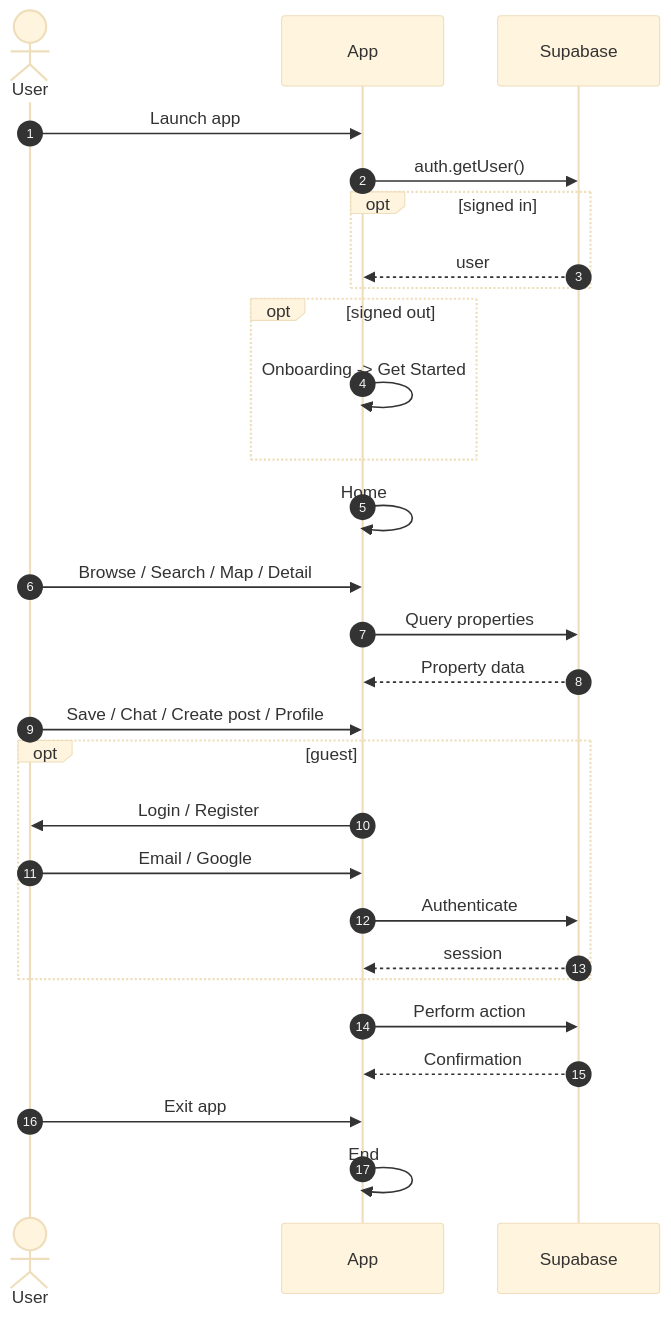
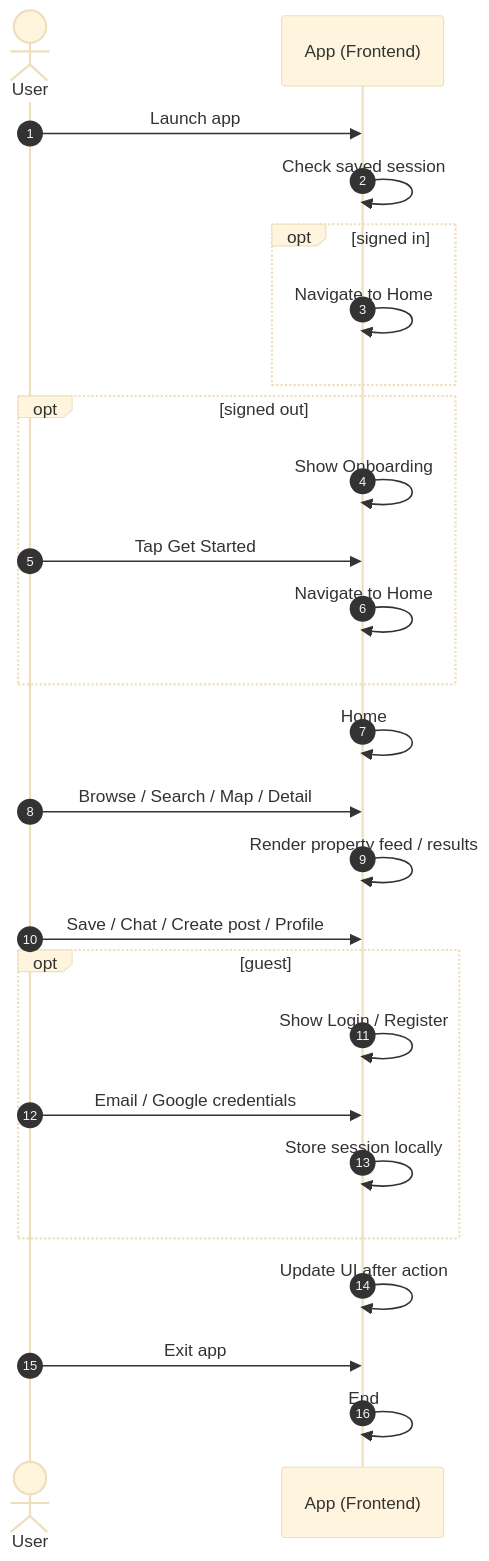
One commit to thetnaung-dev/Internship changed the second of 6 diagrams in docs/diagrams/README.md. Above: the diagram before and after it, drawn with Mermaid (base theme). The commit also changed other lines of this file and 1 other file, not shown here.

Commit message:
docs: make app-flow sequence diagram frontend-only

````diff
--- a/docs/diagrams/README.md
+++ b/docs/diagrams/README.md
@@ -46,38 +46,36 @@
 ```mermaid
 sequenceDiagram
     autonumber
     actor U as User
-    participant A as App
-    participant S as Supabase
+    participant A as App (Frontend)
 
     U->>A: Launch app
-    A->>S: auth.getUser()
+    A->>A: Check saved session
 
     opt signed in
-        S-->>A: user
+        A->>A: Navigate to Home
     end
 
     opt signed out
-        A->>A: Onboarding -> Get Started
+        A->>A: Show Onboarding
+        U->>A: Tap Get Started
+        A->>A: Navigate to Home
     end
 
     A->>A: Home
 
     U->>A: Browse / Search / Map / Detail
-    A->>S: Query properties
-    S-->>A: Property data
+    A->>A: Render property feed / results
 
     U->>A: Save / Chat / Create post / Profile
     opt guest
-        A->>U: Login / Register
-        U->>A: Email / Google
-        A->>S: Authenticate
-        S-->>A: session
+        A->>A: Show Login / Register
+        U->>A: Email / Google credentials
+        A->>A: Store session locally
     end
 
-    A->>S: Perform action
-    S-->>A: Confirmation
+    A->>A: Update UI after action
 
     U->>A: Exit app
     A->>A: End
 ```
````
